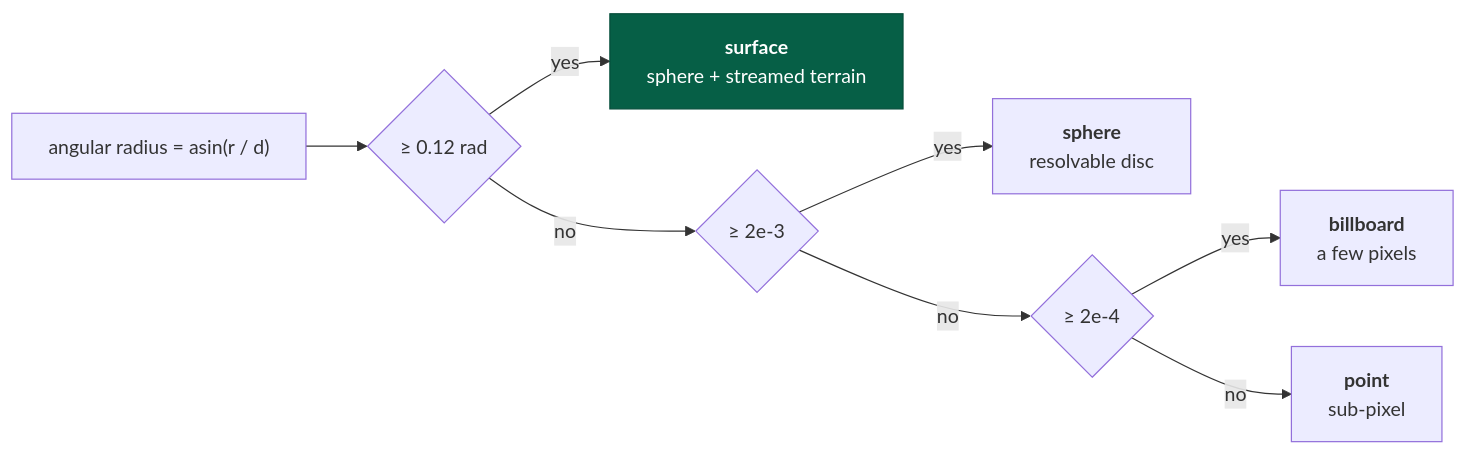
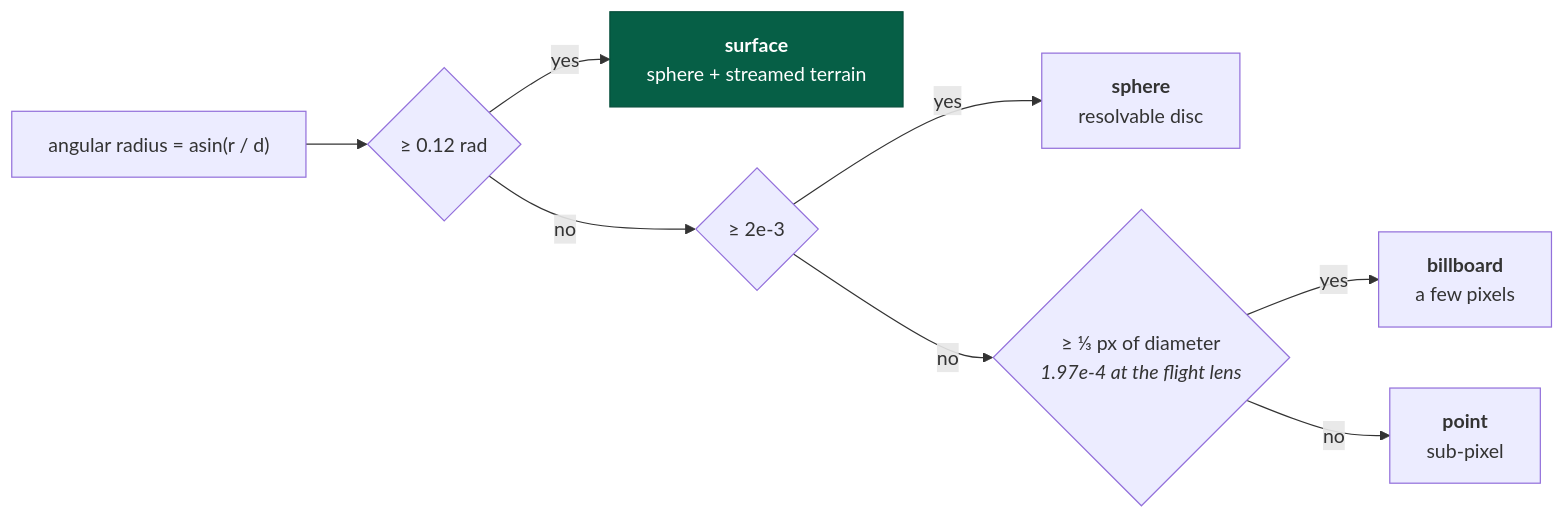
One commit to jonjaques/inertialref changed the sixth of 9 diagrams in docs/concepts/rendering.md. Above: the diagram before and after it, drawn with Mermaid. The commit also changed other lines of this file and 73 other files, not shown here.

````diff
--- a/docs/concepts/rendering.md
+++ b/docs/concepts/rendering.md
@@ -177,12 +177,12 @@
 ```mermaid
 flowchart LR
     ANG["angular radius = asin(r / d)"] --> T1{"≥ 0.12 rad"}
     T1 -->|yes| SURFACE["<b>surface</b><br/>sphere + streamed terrain"]
     T1 -->|no| T2{"≥ 2e-3"}
     T2 -->|yes| SPHERE["<b>sphere</b><br/>resolvable disc"]
-    T2 -->|no| T3{"≥ 2e-4"}
+    T2 -->|no| T3{"≥ ⅓ px of diameter<br/><i>1.97e-4 at the flight lens</i>"}
     T3 -->|yes| BILLBOARD["<b>billboard</b><br/>a few pixels"]
     T3 -->|no| POINT["<b>point</b><br/>sub-pixel"]
 
     style SURFACE fill:#065f46,stroke:#064e3b,color:#fff
 ```
````
